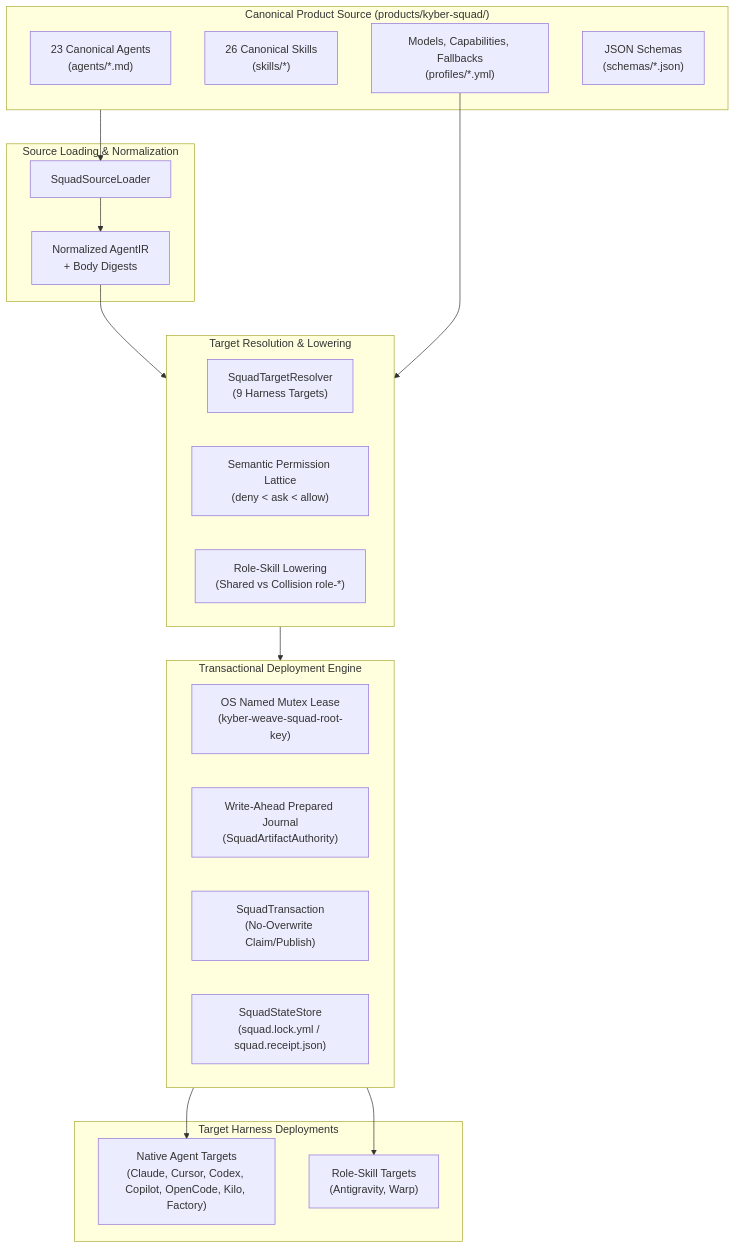
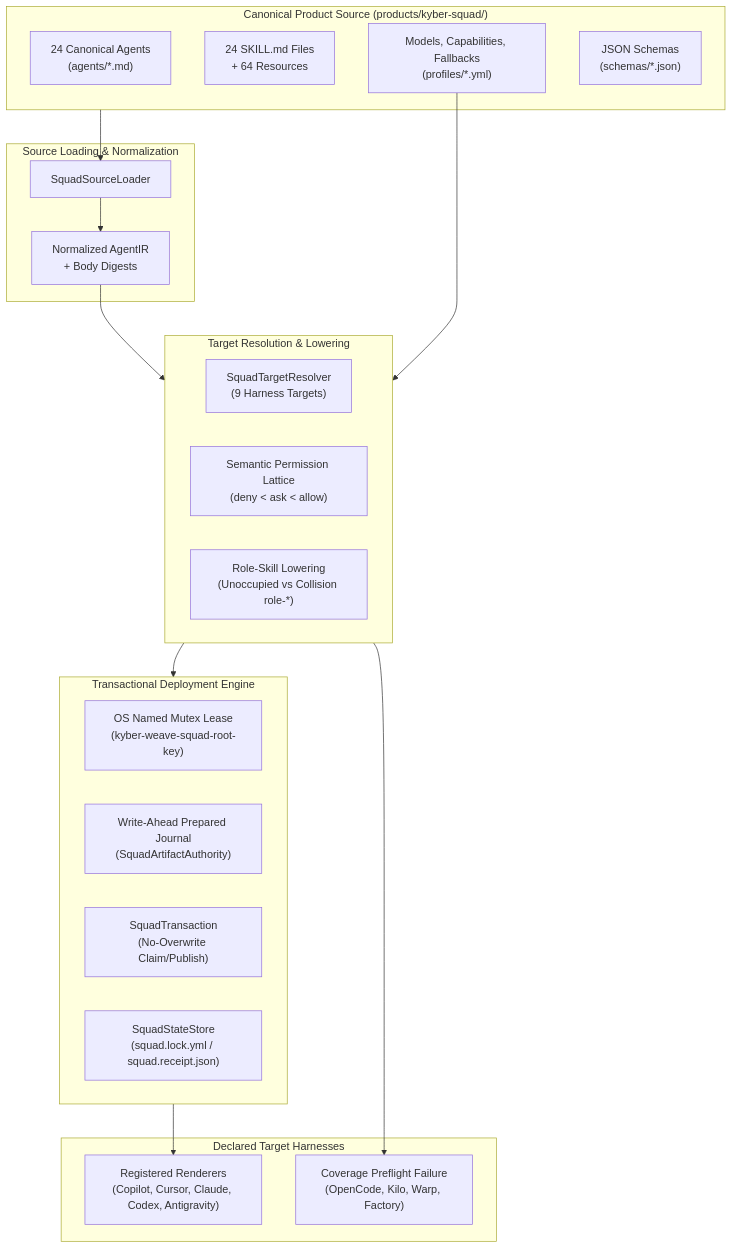
One commit to dpalfery/kyber-weave changed the first of 4 diagrams in docs/kyber-squad/architecture.md. Above: the diagram before and after it, drawn with Mermaid. The commit also changed other lines of this file and 139 other files, not shown here.

````diff
--- a/docs/kyber-squad/architecture.md
+++ b/docs/kyber-squad/architecture.md
@@ -33,40 +36,40 @@
 ```mermaid
 flowchart TD
     subgraph CanonicalSource["Canonical Product Source (products/kyber-squad/)"]
-        Agents["23 Canonical Agents\n(agents/*.md)"]
-        Skills["26 Canonical Skills\n(skills/*)"]
+        Agents["24 Canonical Agents\n(agents/*.md)"]
+        Skills["24 SKILL.md Files\n+ 64 Resources"]
         Profiles["Models, Capabilities, Fallbacks\n(profiles/*.yml)"]
         Schemas["JSON Schemas\n(schemas/*.json)"]
     end
 
     subgraph Loader["Source Loading & Normalization"]
         SquadSourceLoader["SquadSourceLoader"]
         AgentIR["Normalized AgentIR\n+ Body Digests"]
     end
 
     subgraph Compiler["Target Resolution & Lowering"]
         SquadTargetResolver["SquadTargetResolver\n(9 Harness Targets)"]
         Lattice["Semantic Permission Lattice\n(deny < ask < allow)"]
-        Lowering["Role-Skill Lowering\n(Shared vs Collision role-*)"]
+        Lowering["Role-Skill Lowering\n(Unoccupied vs Collision role-*)"]
     end
 
     subgraph DeploymentEngine["Transactional Deployment Engine"]
         Mutex["OS Named Mutex Lease\n(kyber-weave-squad-root-key)"]
         Journal["Write-Ahead Prepared Journal\n(SquadArtifactAuthority)"]
         Transaction["SquadTransaction\n(No-Overwrite Claim/Publish)"]
         StateStore["SquadStateStore\n(squad.lock.yml / squad.receipt.json)"]
     end
 
-    subgraph TargetHarnesses["Target Harness Deployments"]
-        NativeTargets["Native Agent Targets\n(Claude, Cursor, Codex, Copilot, OpenCode, Kilo, Factory)"]
-        FallbackTargets["Role-Skill Targets\n(Antigravity, Warp)"]
+    subgraph TargetHarnesses["Declared Target Harnesses"]
+        RegisteredTargets["Registered Renderers\n(Copilot, Cursor, Claude, Codex, Antigravity)"]
+        UnsupportedTargets["Coverage Preflight Failure\n(OpenCode, Kilo, Warp, Factory)"]
     end
 
     CanonicalSource --> SquadSourceLoader
     SquadSourceLoader --> AgentIR
     AgentIR --> Compiler
     Profiles --> Compiler
     Compiler --> DeploymentEngine
-    DeploymentEngine --> NativeTargets
-    DeploymentEngine --> FallbackTargets
+    DeploymentEngine --> RegisteredTargets
+    Compiler --> UnsupportedTargets
 ```
````
